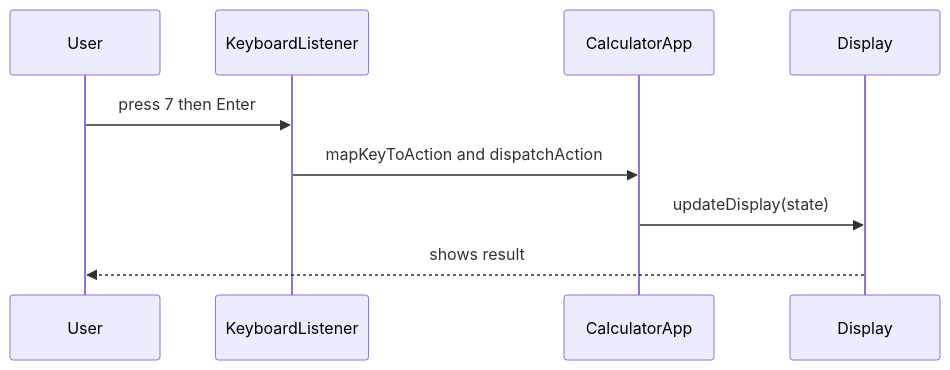
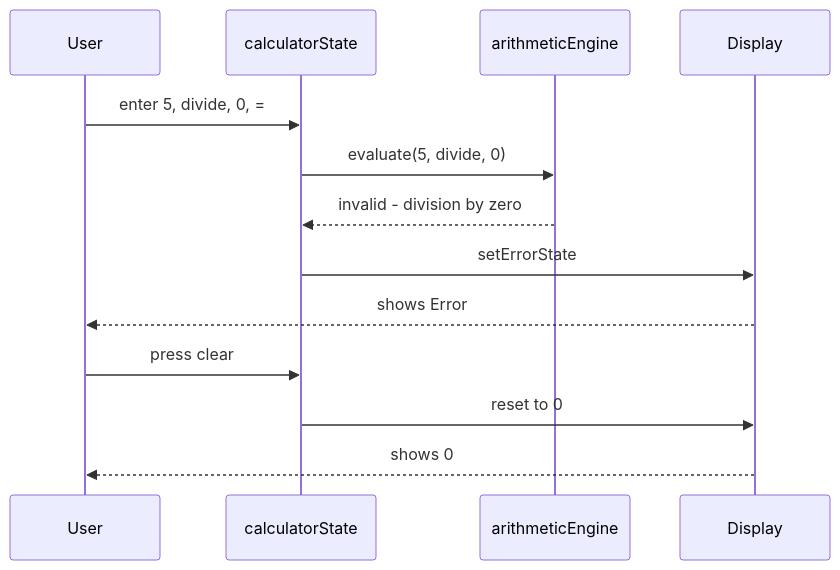
One commit to satya1802/simple-calculator-2 changed the fourth of 5 diagrams in docs/sdlc/architecture/README.md. Above: the diagram before and after it, drawn with Mermaid. The commit also changed other lines of this file and 8 other files, not shown here.

````diff
--- a/docs/sdlc/architecture/README.md
+++ b/docs/sdlc/architecture/README.md
@@ -216,11 +197,15 @@
 ```mermaid
 sequenceDiagram
   participant User
-  participant Keyboard as KeyboardListener
-  participant App as CalculatorApp
+  participant State as calculatorState
+  participant Engine as arithmeticEngine
   participant Display
-  User->>Keyboard: press 7 then Enter
-  Keyboard->>App: mapKeyToAction and dispatchAction
-  App->>Display: updateDisplay(state)
-  Display-->>User: shows result
+  User->>State: enter 5, divide, 0, =
+  State->>Engine: evaluate(5, divide, 0)
+  Engine-->>State: invalid - division by zero
+  State->>Display: setErrorState
+  Display-->>User: shows Error
+  User->>State: press clear
+  State->>Display: reset to 0
+  Display-->>User: shows 0
 ```
````
